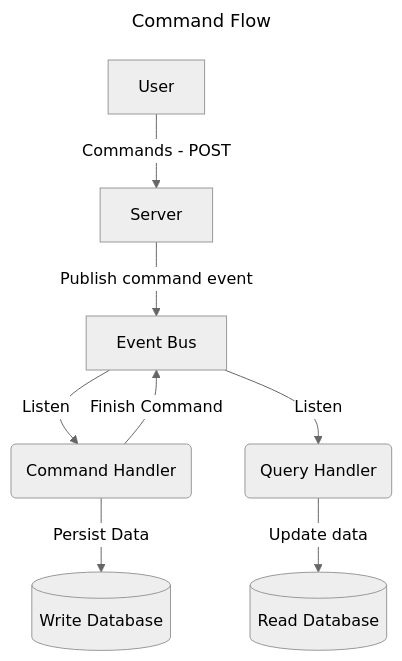
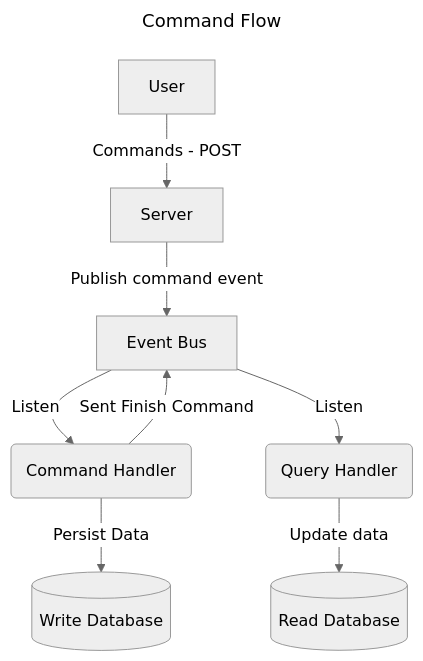
One commit to Luisgustavom1/microservices-study changed the first of 2 diagrams in cqrs/README.md. Above: the diagram before and after it, drawn with Mermaid (neutral theme).

````diff
--- a/cqrs/README.md
+++ b/cqrs/README.md
@@ -2,20 +2,20 @@
 ```mermaid
 ---
 title: Command Flow
 ---
 graph TD
     User --> |Commands - POST| App --> |Publish command event| Queue
     
     Queue --> |Listen| CommandHandler --> |Persist Data| WriteDb
-    CommandHandler --> |Finish Command| Queue
+    CommandHandler --> |Sent Finish Command| Queue
 
     Queue --> |Listen| QueryHandler --> |Update data| ReadDb
 
     User[User]
     App[Server]
     CommandHandler(Command Handler)
     QueryHandler(Query Handler)
     ReadDb[(Read Database)]
     WriteDb[(Write Database)]
     Queue["Event Bus"]
 ```
````
